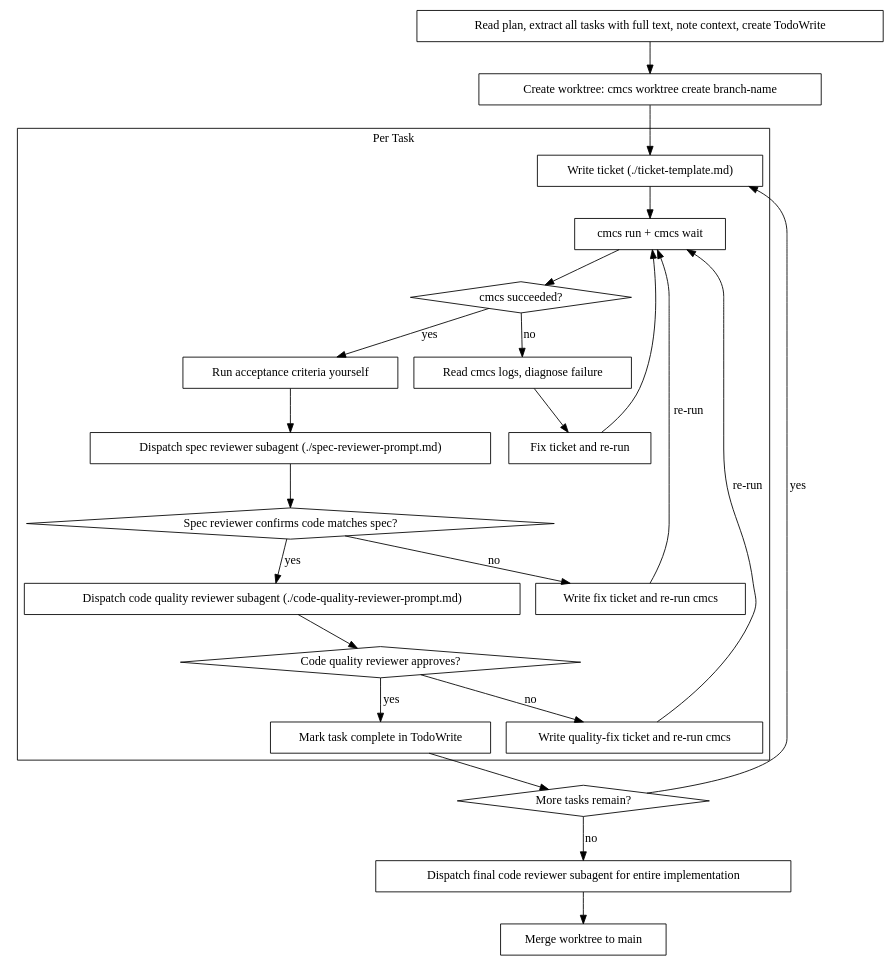
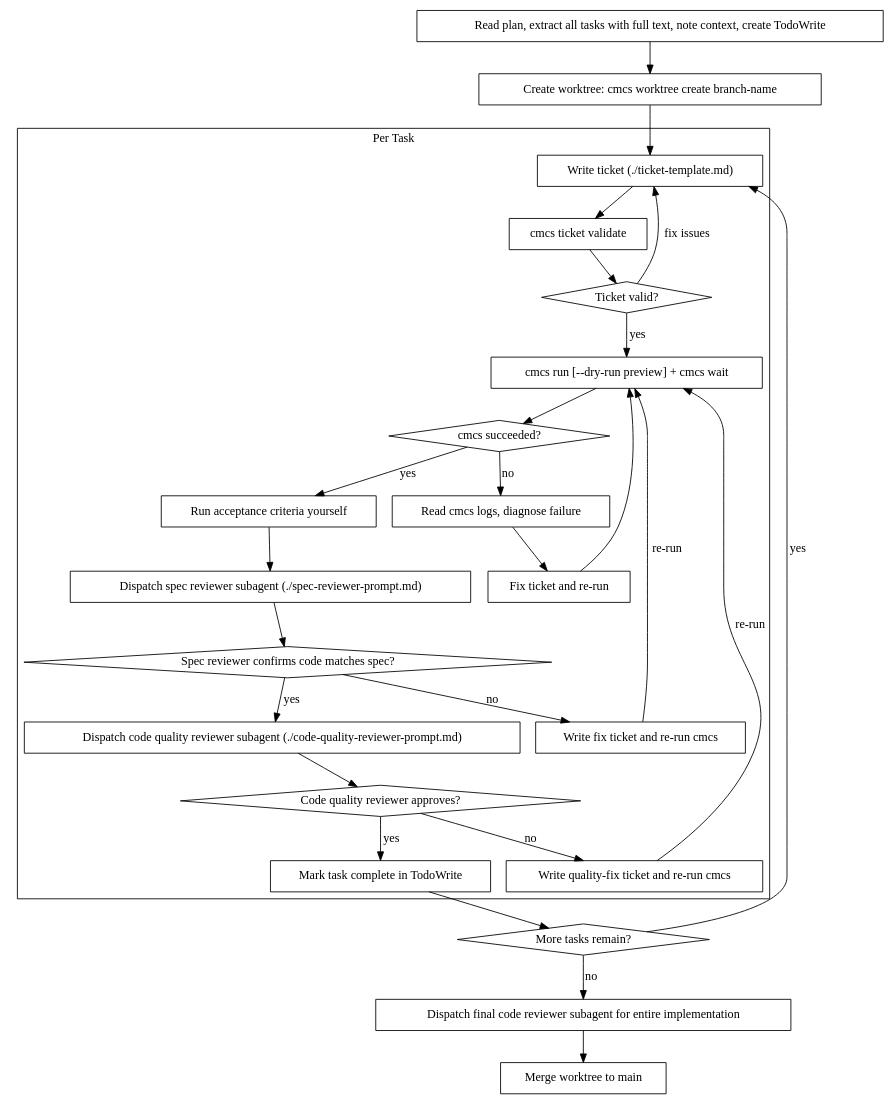
One commit to TokenBrice/cmcs changed the second of 2 diagrams in skill/SKILL.md. Above: the diagram before and after it, drawn with Graphviz. The commit also changed other lines of this file, not shown here.

Commit message:
cmcs: TICKET-001.md completed

````diff
--- a/skill/SKILL.md
+++ b/skill/SKILL.md
@@ -40,50 +40,55 @@
 ```dot
 digraph process {
     rankdir=TB;
 
     subgraph cluster_per_task {
         label="Per Task";
         "Write ticket (./ticket-template.md)" [shape=box];
-        "cmcs run + cmcs wait" [shape=box];
+        "cmcs ticket validate" [shape=box];
+        "Ticket valid?" [shape=diamond];
+        "cmcs run [--dry-run preview] + cmcs wait" [shape=box];
         "cmcs succeeded?" [shape=diamond];
         "Read cmcs logs, diagnose failure" [shape=box];
         "Fix ticket and re-run" [shape=box];
         "Run acceptance criteria yourself" [shape=box];
         "Dispatch spec reviewer subagent (./spec-reviewer-prompt.md)" [shape=box];
         "Spec reviewer confirms code matches spec?" [shape=diamond];
         "Write fix ticket and re-run cmcs" [shape=box];
         "Dispatch code quality reviewer subagent (./code-quality-reviewer-prompt.md)" [shape=box];
         "Code quality reviewer approves?" [shape=diamond];
         "Write quality-fix ticket and re-run cmcs" [shape=box];
         "Mark task complete in TodoWrite" [shape=box];
     }
 
     "Read plan, extract all tasks with full text, note context, create TodoWrite" [shape=box];
     "Create worktree: cmcs worktree create branch-name" [shape=box];
     "More tasks remain?" [shape=diamond];
     "Dispatch final code reviewer subagent for entire implementation" [shape=box];
     "Merge worktree to main" [shape=box];
 
     "Read plan, extract all tasks with full text, note context, create TodoWrite" -> "Create worktree: cmcs worktree create branch-name";
     "Create worktree: cmcs worktree create branch-name" -> "Write ticket (./ticket-template.md)";
-    "Write ticket (./ticket-template.md)" -> "cmcs run + cmcs wait";
-    "cmcs run + cmcs wait" -> "cmcs succeeded?";
+    "Write ticket (./ticket-template.md)" -> "cmcs ticket validate";
+    "cmcs ticket validate" -> "Ticket valid?";
+    "Ticket valid?" -> "cmcs run [--dry-run preview] + cmcs wait" [label="yes"];
+    "Ticket valid?" -> "Write ticket (./ticket-template.md)" [label="fix issues"];
+    "cmcs run [--dry-run preview] + cmcs wait" -> "cmcs succeeded?";
     "cmcs succeeded?" -> "Run acceptance criteria yourself" [label="yes"];
     "cmcs succeeded?" -> "Read cmcs logs, diagnose failure" [label="no"];
     "Read cmcs logs, diagnose failure" -> "Fix ticket and re-run" ;
-    "Fix ticket and re-run" -> "cmcs run + cmcs wait";
+    "Fix ticket and re-run" -> "cmcs run [--dry-run preview] + cmcs wait";
     "Run acceptance criteria yourself" -> "Dispatch spec reviewer subagent (./spec-reviewer-prompt.md)";
     "Dispatch spec reviewer subagent (./spec-reviewer-prompt.md)" -> "Spec reviewer confirms code matches spec?";
     "Spec reviewer confirms code matches spec?" -> "Write fix ticket and re-run cmcs" [label="no"];
-    "Write fix ticket and re-run cmcs" -> "cmcs run + cmcs wait" [label="re-run"];
+    "Write fix ticket and re-run cmcs" -> "cmcs run [--dry-run preview] + cmcs wait" [label="re-run"];
     "Spec reviewer confirms code matches spec?" -> "Dispatch code quality reviewer subagent (./code-quality-reviewer-prompt.md)" [label="yes"];
     "Dispatch code quality reviewer subagent (./code-quality-reviewer-prompt.md)" -> "Code quality reviewer approves?";
     "Code quality reviewer approves?" -> "Write quality-fix ticket and re-run cmcs" [label="no"];
-    "Write quality-fix ticket and re-run cmcs" -> "cmcs run + cmcs wait" [label="re-run"];
+    "Write quality-fix ticket and re-run cmcs" -> "cmcs run [--dry-run preview] + cmcs wait" [label="re-run"];
     "Code quality reviewer approves?" -> "Mark task complete in TodoWrite" [label="yes"];
     "Mark task complete in TodoWrite" -> "More tasks remain?";
     "More tasks remain?" -> "Write ticket (./ticket-template.md)" [label="yes"];
     "More tasks remain?" -> "Dispatch final code reviewer subagent for entire implementation" [label="no"];
     "Dispatch final code reviewer subagent for entire implementation" -> "Merge worktree to main";
 }
 ```
````
